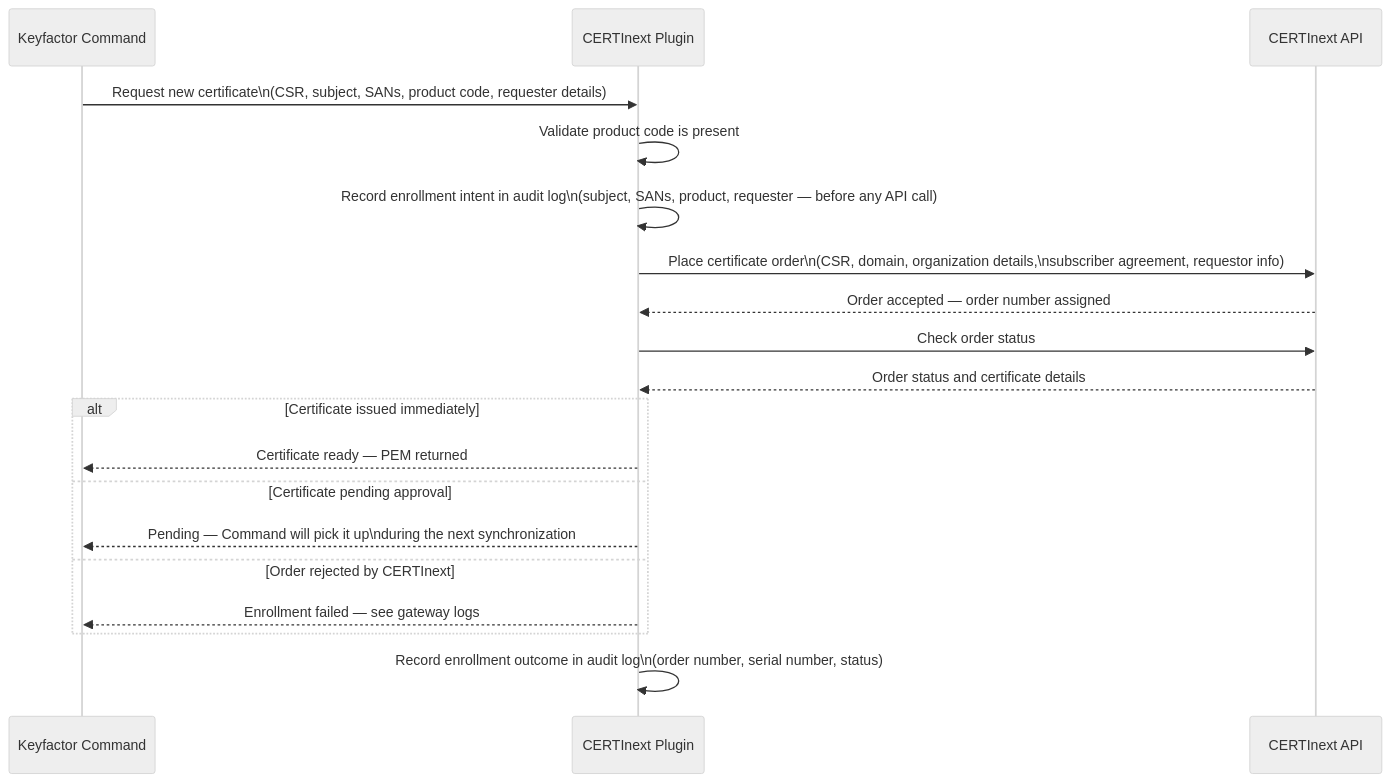
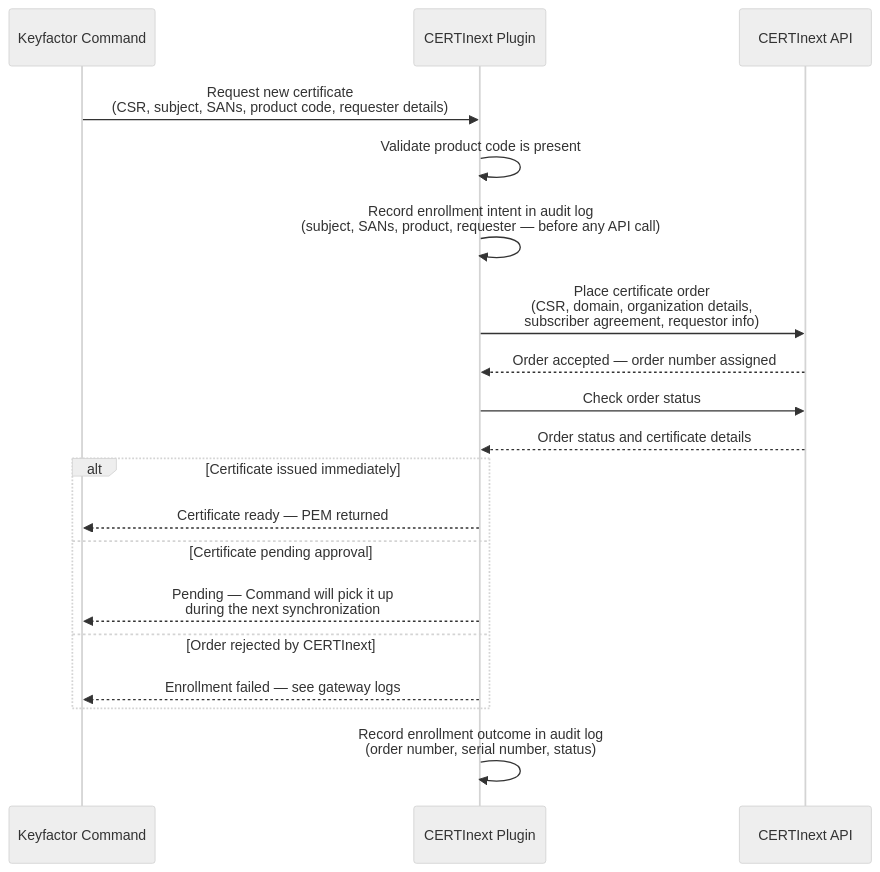
The third of 6 diagrams in README.md (Keyfactor/certinext-caplugin), drawn with Mermaid (neutral theme) before and after one commit. The commit also changed other lines of this file and 1 other file, not shown here.

First line of the commit message:
docs: remove compliance claims and fix Mermaid diagram line breaks (#12)

````diff
--- a/README.md
+++ b/README.md
@@ -464,26 +464,26 @@
 ```mermaid
 sequenceDiagram
     participant CMD as Keyfactor Command
     participant Plugin as CERTInext Plugin
     participant API as CERTInext API
 
-    CMD->>Plugin: Request new certificate\n(CSR, subject, SANs, product code, requester details)
+    CMD->>Plugin: Request new certificate<br/>(CSR, subject, SANs, product code, requester details)
     Plugin->>Plugin: Validate product code is present
-    Plugin->>Plugin: Record enrollment intent in audit log\n(subject, SANs, product, requester — before any API call)
+    Plugin->>Plugin: Record enrollment intent in audit log<br/>(subject, SANs, product, requester — before any API call)
 
-    Plugin->>API: Place certificate order\n(CSR, domain, organization details,\nsubscriber agreement, requestor info)
+    Plugin->>API: Place certificate order<br/>(CSR, domain, organization details,<br/>subscriber agreement, requestor info)
     API-->>Plugin: Order accepted — order number assigned
 
     Plugin->>API: Check order status
     API-->>Plugin: Order status and certificate details
 
     alt Certificate issued immediately
         Plugin-->>CMD: Certificate ready — PEM returned
     else Certificate pending approval
-        Plugin-->>CMD: Pending — Command will pick it up\nduring the next synchronization
+        Plugin-->>CMD: Pending — Command will pick it up<br/>during the next synchronization
     else Order rejected by CERTInext
         Plugin-->>CMD: Enrollment failed — see gateway logs
     end
 
-    Plugin->>Plugin: Record enrollment outcome in audit log\n(order number, serial number, status)
+    Plugin->>Plugin: Record enrollment outcome in audit log<br/>(order number, serial number, status)
 ```
````
